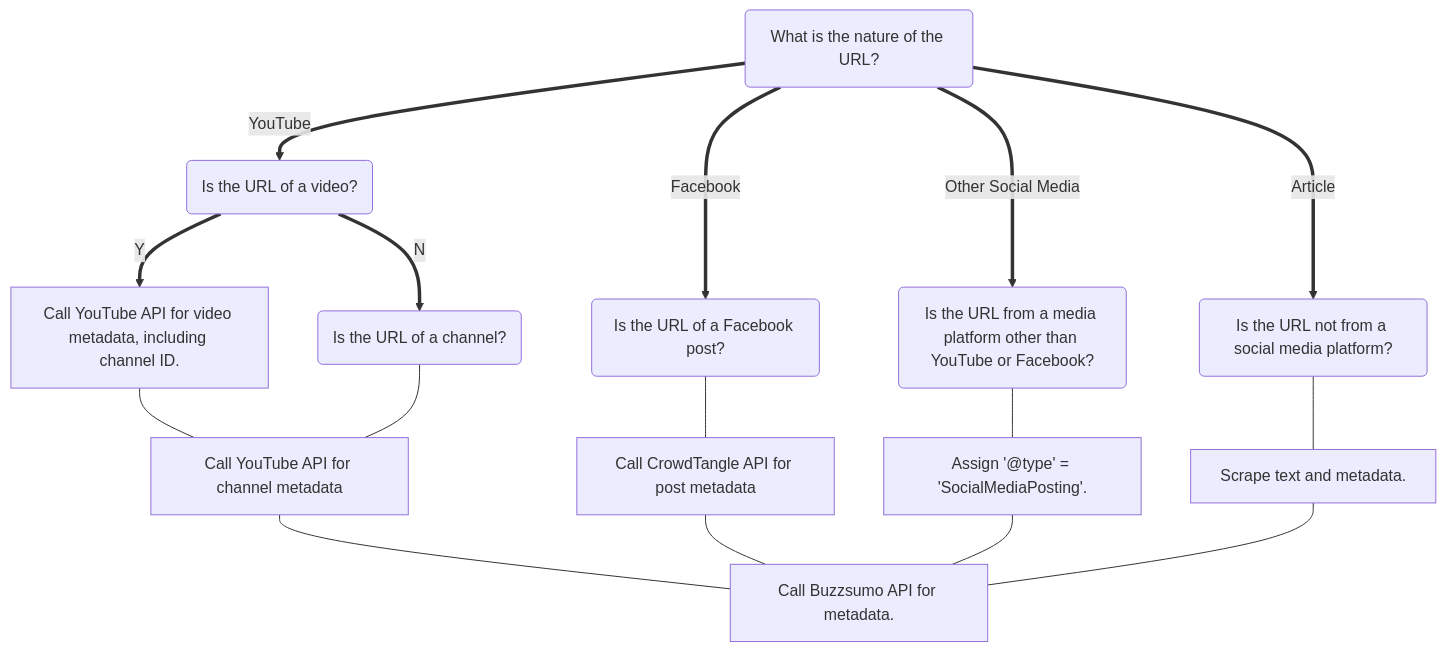
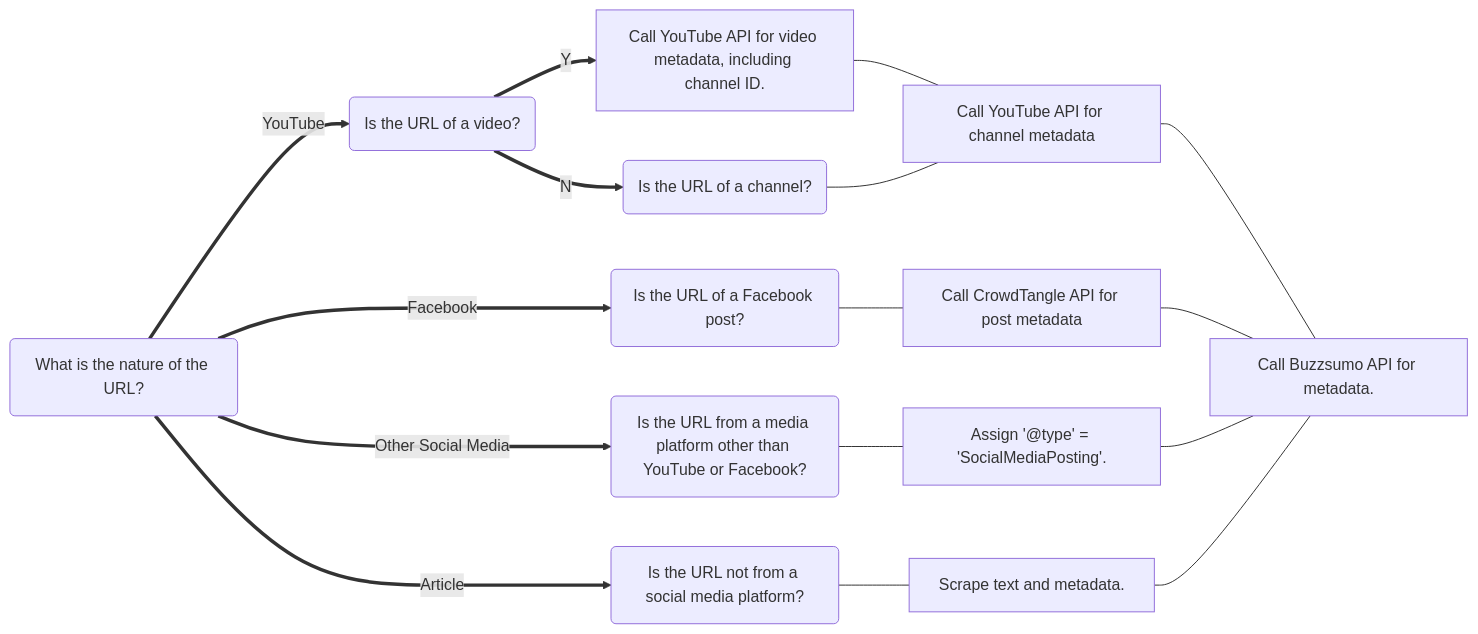
One commit to medialab/minall changed the first of 2 diagrams in README.md. Above: the diagram before and after it, drawn with Mermaid.

Commit message:
add decision tree

````diff
--- a/README.md
+++ b/README.md
@@ -13,35 +13,35 @@
 ```mermaid
-graph TD
+graph LR
 A("What is the nature of the URL?")
 B("Is the URL of a video?")
 C["Call YouTube API for video metadata, including channel ID."]
 D("Is the URL of a channel?")
 E["Call YouTube API for channel metadata"]
 
 F("Is the URL of a Facebook post?")
 G["Call CrowdTangle API for post metadata"]
 
 H("Is the URL from a media platform other than YouTube or Facebook?")
 I["Assign '@type' = 'SocialMediaPosting'."]
 
 J("Is the URL not from a social media platform?")
 K["Scrape text and metadata."]
 
 L["Call Buzzsumo API for metadata."]
 
 A==YouTube==>B
 B==Y==>C
 B==N==>D
 C---E
 D---E
 A==Facebook==>F
 F---G
 A==Other Social Media==>H
 H---I
 A==Article==>J
 J---K
 E---L
 G---L
 I---L
 K---L
 ```
````
